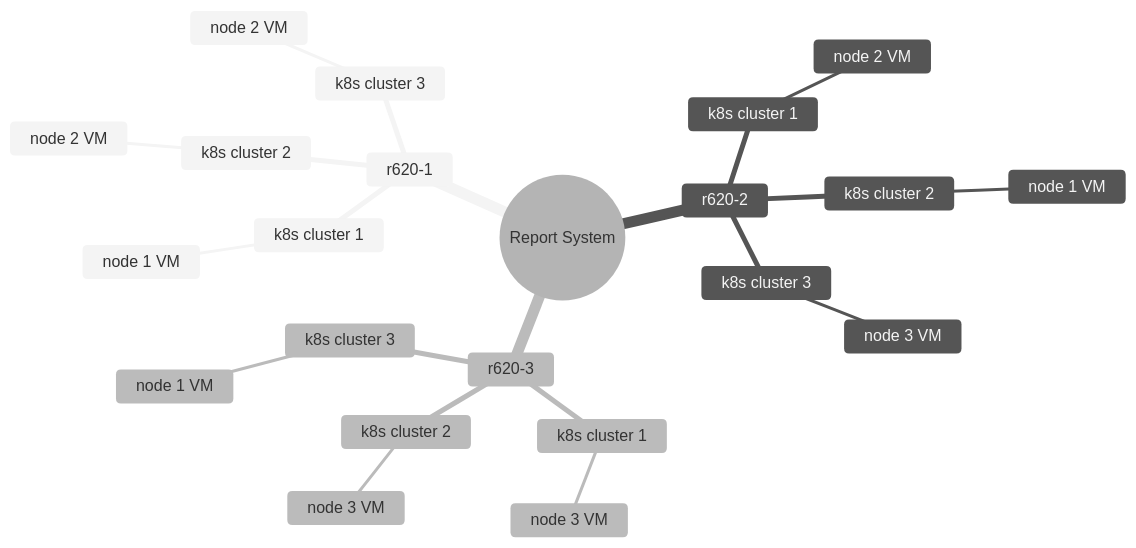
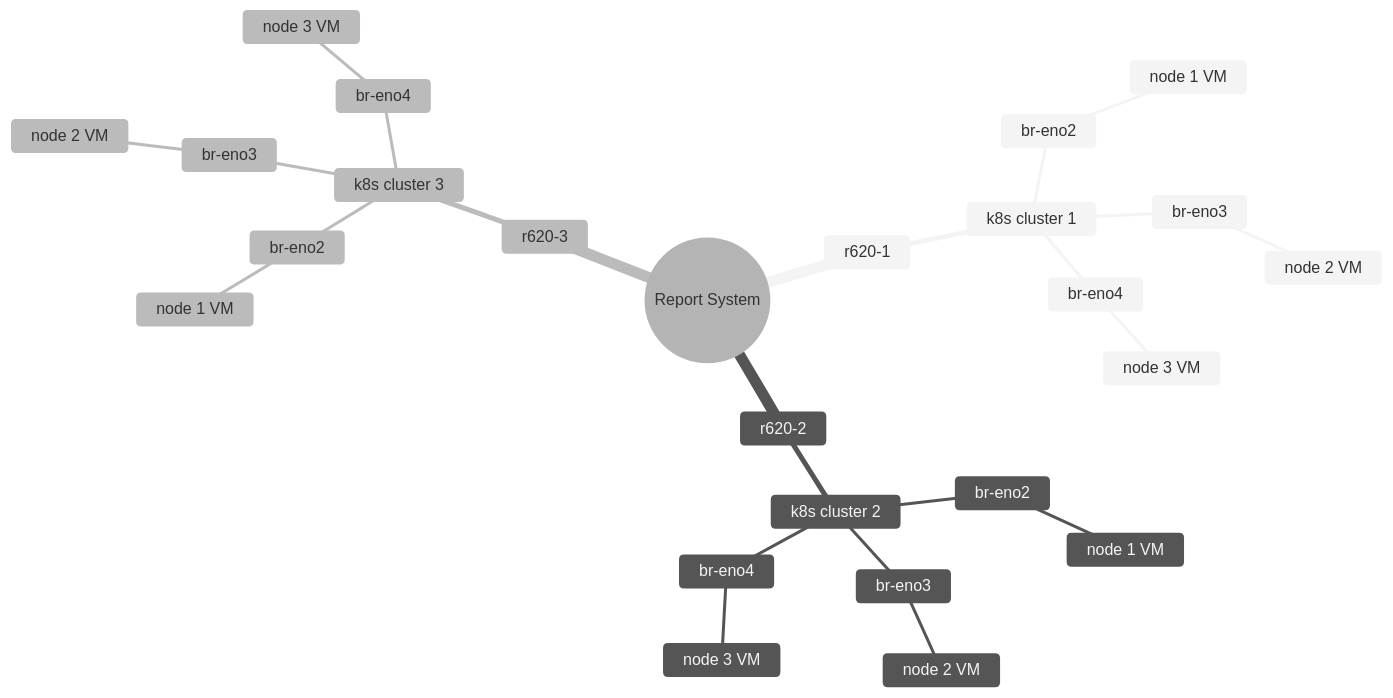
One commit to brentgroves/repsys changed the diagram in development/report_system/r620s.md. Above: the diagram before and after it, drawn with Mermaid (neutral theme). The commit also changed other lines of this file and 21 other files, not shown here.

````diff
--- a/development/report_system/r620s.md
+++ b/development/report_system/r620s.md
@@ -7,26 +7,29 @@
 ```mermaid
 mindmap
   root((Report System))
     r620-1
       k8s cluster 1
-        node 1 VM
+        br-eno2
+          node 1 VM
+        br-eno3
+          node 2 VM
+        br-eno4
+          node 3 VM
+    r620-2
       k8s cluster 2
-        node 2 VM
+        br-eno2
+          node 1 VM
+        br-eno3
+          node 2 VM
+        br-eno4
+          node 3 VM
+    r620-3
       k8s cluster 3
-        node 2 VM
-    r620-2
-      k8s cluster 1
-        node 2 VM
-      k8s cluster 2
-        node 1 VM
-      k8s cluster 3
-        node 3 VM
-    r620-3
-      k8s cluster 1
-        node 3 VM
-      k8s cluster 2
-        node 3 VM
-      k8s cluster 3
-        node 1 VM
+        br-eno2
+          node 1 VM
+        br-eno3
+          node 2 VM
+        br-eno4
+          node 3 VM
 
 ```
````
